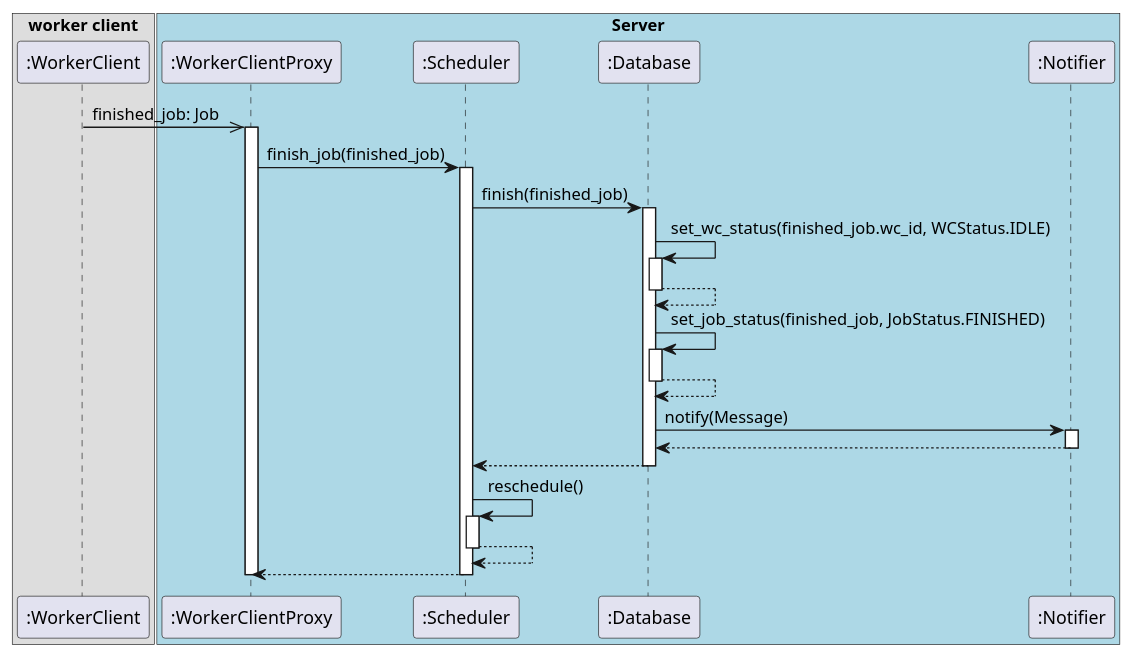
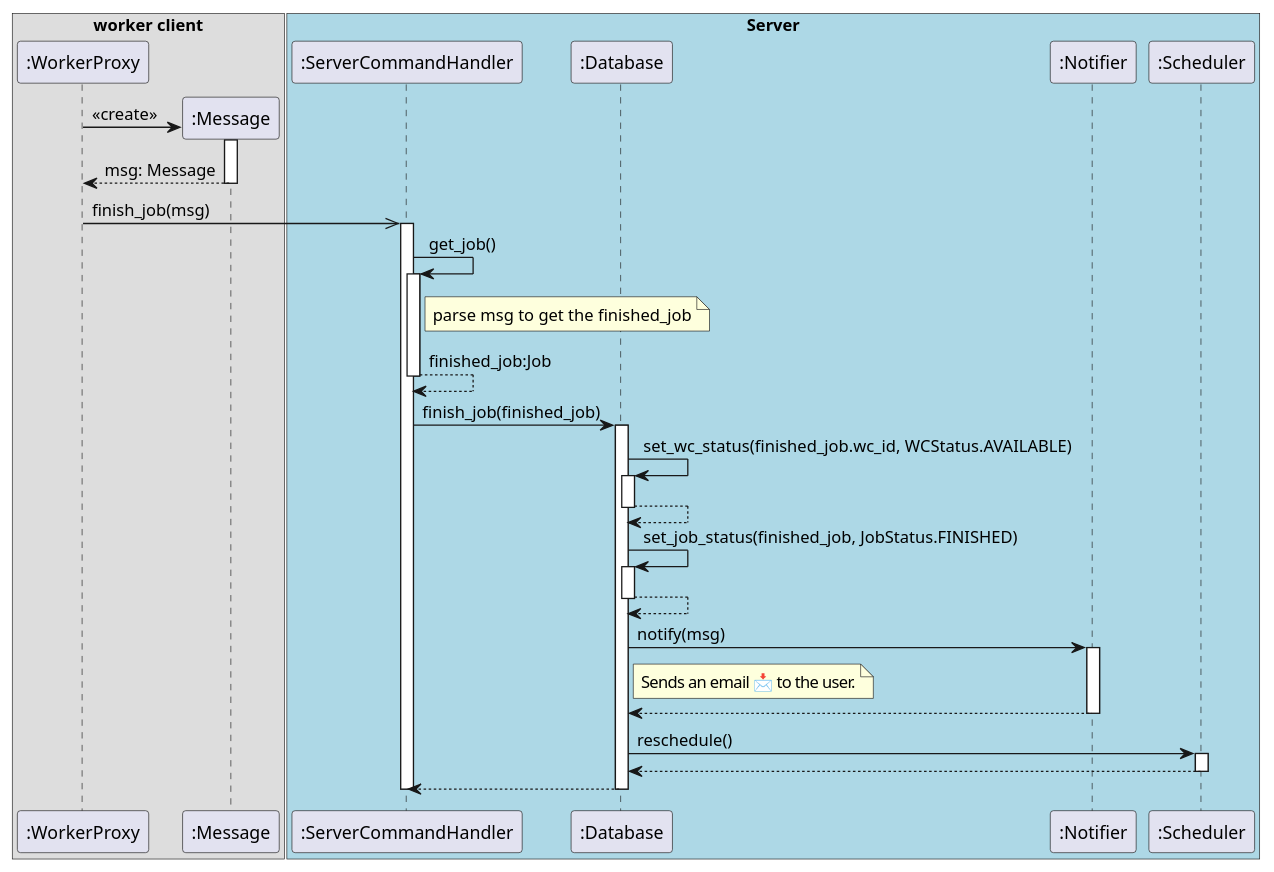
The diagram in design/sequence/finish-sd.puml (DistributedTaskScheduling/documentation), drawn with PlantUML before and after one commit.

```diff
--- a/design/sequence/finish-sd.puml
+++ b/design/sequence/finish-sd.puml
@@ -1,30 +1,46 @@
 @startuml
 
 box "worker client"
-    participant ":WorkerClient" as wc
+    participant ":WorkerProxy" as wc
+    participant ":Message" as m
 end box
 
 box "Server" #LightBlue
-    participant ":WorkerClientProxy" as wcp
-    participant ":Scheduler" as s
+    participant ":ServerCommandHandler" as sch
     participant ":Database" as db
     participant ":Notifier" as n
+    participant ":Scheduler" as s
 end box
 
-wc ->> wcp ++ : finished_job: Job
-wcp -> s ++ : finish_job(finished_job)
-s -> db ++ : finish(finished_job)
-db -> db ++: set_wc_status(finished_job.wc_id, WCStatus.IDLE)
+create m 
+wc -> m ++: <<create>>
+m --> wc --: msg: Message
+
+wc ->> sch ++ : finish_job(msg)
+sch -> sch ++: get_job()
+note right of sch
+    parse msg to get the finished_job
+end note
+sch --> sch --: finished_job:Job
+
+sch -> db ++ : finish_job(finished_job)
+db -> db ++: set_wc_status(finished_job.wc_id, WCStatus.AVAILABLE)
 db-->db --
 db -> db ++: set_job_status(finished_job, JobStatus.FINISHED)
 db-->db --
-db -> n ++: notify(Message)
+
+
+
+db -> n ++: notify(msg)
+note right of db 
+    Sends an email 📩 to the user.
+end note
 n --> db --:
-db --> s --
 
-s -> s ++: reschedule()
-s --> s --
-s --> wcp --
-wcp--
+
+db -> s ++: reschedule()
+s --> db --
+db--> sch --
+sch--
 
 @enduml
```
